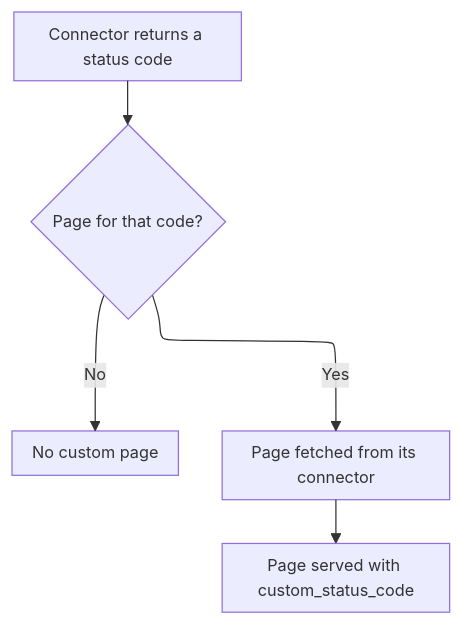
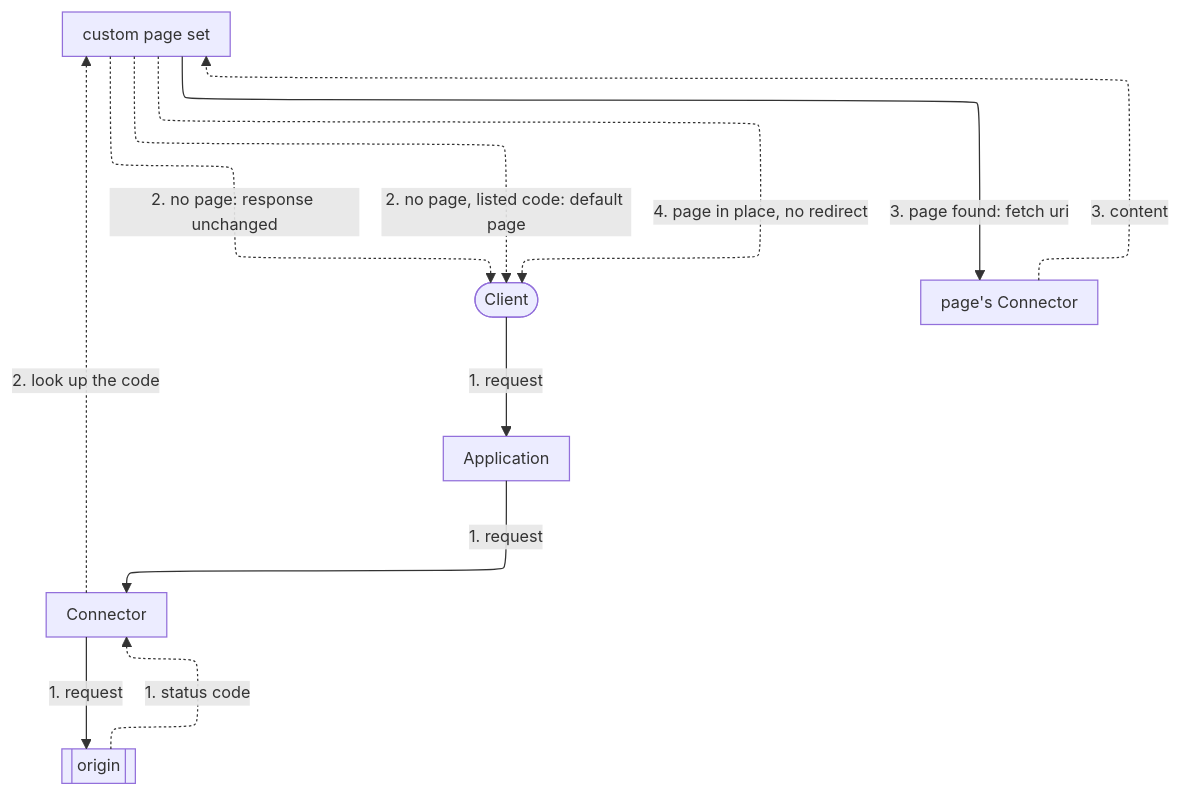
The fourth of 5 diagrams in apps/docs/src/content/docs/en/pages/secure/workloads/how-it-works.mdx (aziontech/docs), drawn with Mermaid before and after one commit. The commit also changed other lines of this file and 76 other files, not shown here.

````diff
--- a/apps/docs/src/content/docs/en/pages/secure/workloads/how-it-works.mdx
+++ b/apps/docs/src/content/docs/en/pages/secure/workloads/how-it-works.mdx
@@ -167,8 +252,20 @@
 ```mermaid
-%%{init: {"layout": "elk", "themeVariables": {"fontSize": "13px"}, "flowchart": {"nodeSpacing": 24, "rankSpacing": 36, "padding": 8, "wrappingWidth": 150, "useMaxWidth": true}, "sequence": {"width": 120, "actorMargin": 30, "useMaxWidth": true}}}%%
+%%{init: {"layout": "elk", "elk": {"preset": "modelOrder", "keepEntryNodeOnTop": true}, "themeVariables": {"fontSize": "13px"}, "flowchart": {"nodeSpacing": 24, "rankSpacing": 36, "padding": 8, "wrappingWidth": 150, "useMaxWidth": true}, "sequence": {"width": 120, "actorMargin": 30, "useMaxWidth": true}}}%%
 flowchart TD
-  Status["Connector returns a status code"] --> Match{"Page for that code?"}
-  Match -->|"No"| Orig["No custom page"]
-  Match -->|"Yes"| Fetch["Page fetched from its connector"]
-  Fetch --> Resp["Page served with custom_status_code"]
+  Client(["Client"])
+  App["Application"]
+  Conn["Connector"]
+  Origin[["origin"]]
+  Set["custom page set"]
+  PConn["page's Connector"]
+  Client -->|"1. request"| App
+  App -->|"1. request"| Conn
+  Conn -->|"1. request"| Origin
+  Origin -.->|"1. status code"| Conn
+  Conn -.->|"2. look up the code"| Set
+  Set -.->|"2. no page: response unchanged"| Client
+  Set -.->|"2. no page, listed code: default page"| Client
+  Set -->|"3. page found: fetch uri"| PConn
+  PConn -.->|"3. content"| Set
+  Set -.->|"4. page in place, no redirect"| Client
 ```
````
